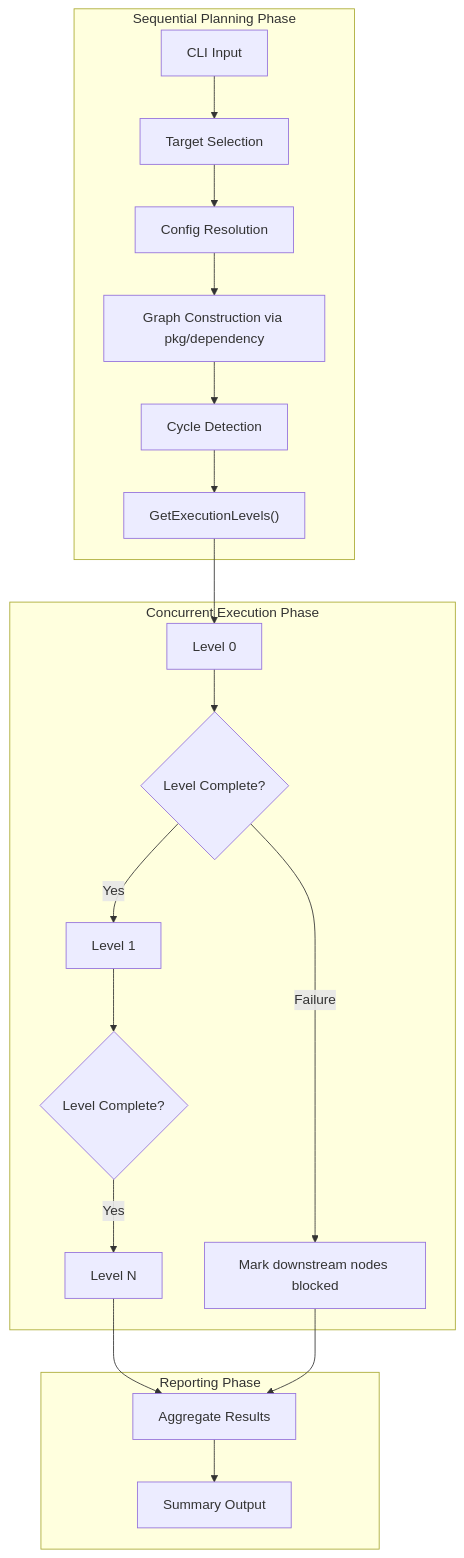
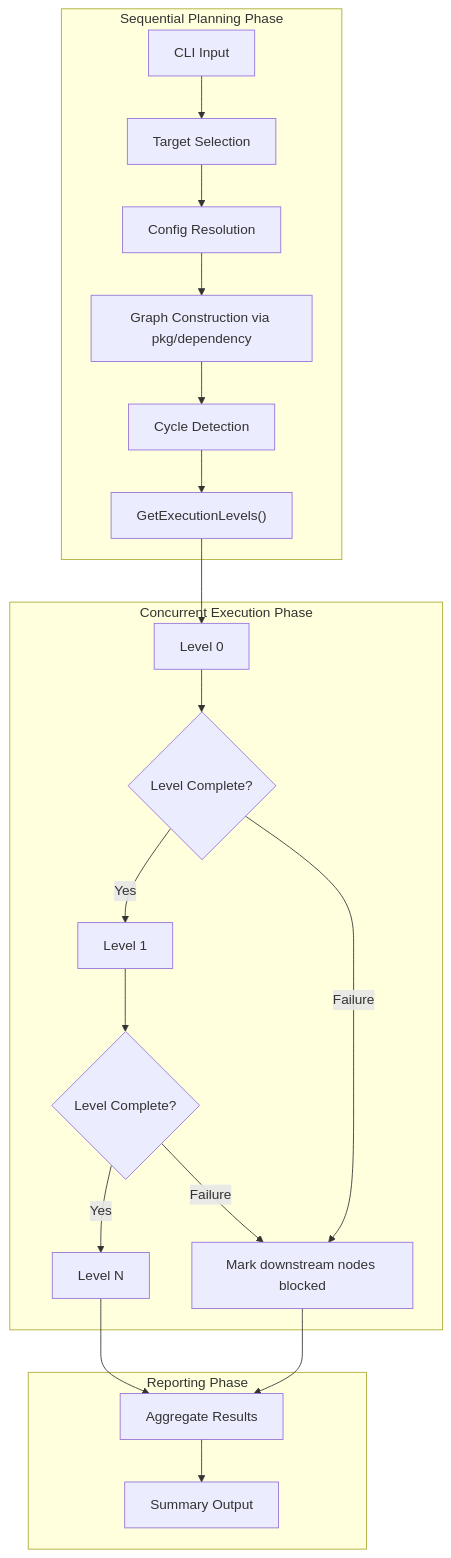
One commit to cloudposse/atmos changed the diagram in docs/proposals/concurrent-component-provisioning.md. Above: the diagram before and after it, drawn with Mermaid. The commit also changed other lines of this file, not shown here.

````diff
--- a/docs/proposals/concurrent-component-provisioning.md
+++ b/docs/proposals/concurrent-component-provisioning.md
@@ -152,25 +152,26 @@
 ```mermaid
 flowchart TD
     subgraph planPhase ["Sequential Planning Phase"]
         A["CLI Input"] --> B["Target Selection"]
         B --> C["Config Resolution"]
         C --> D["Graph Construction via pkg/dependency"]
         D --> E["Cycle Detection"]
         E --> F["GetExecutionLevels()"]
     end
 
     subgraph execPhase ["Concurrent Execution Phase"]
         F --> G["Level 0"]
         G --> H{"Level Complete?"}
         H -->|Yes| I["Level 1"]
         I --> J{"Level Complete?"}
         J -->|Yes| K["Level N"]
         H -->|Failure| L["Mark downstream nodes blocked"]
+        J -->|Failure| L
     end
 
     subgraph reportPhase ["Reporting Phase"]
         K --> M["Aggregate Results"]
         L --> M
         M --> N["Summary Output"]
     end
 ```
````
